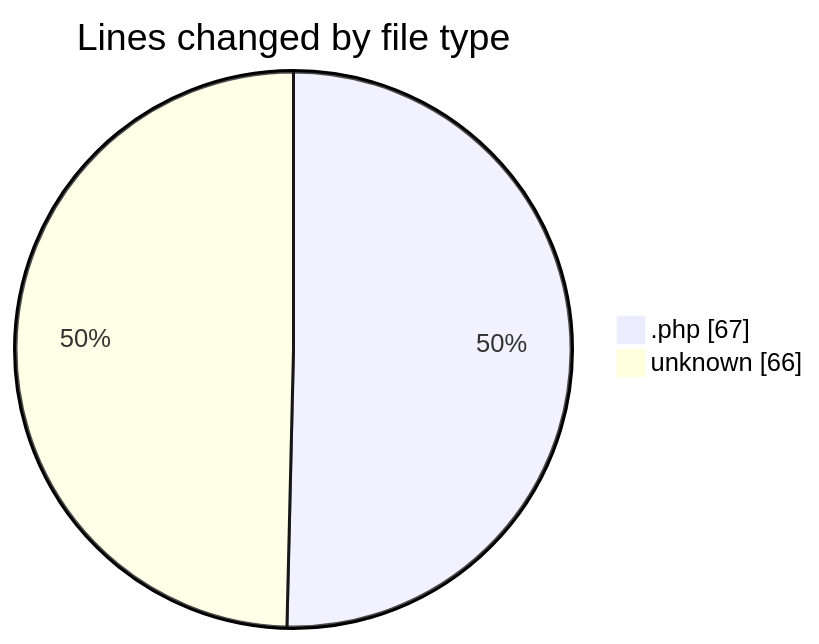
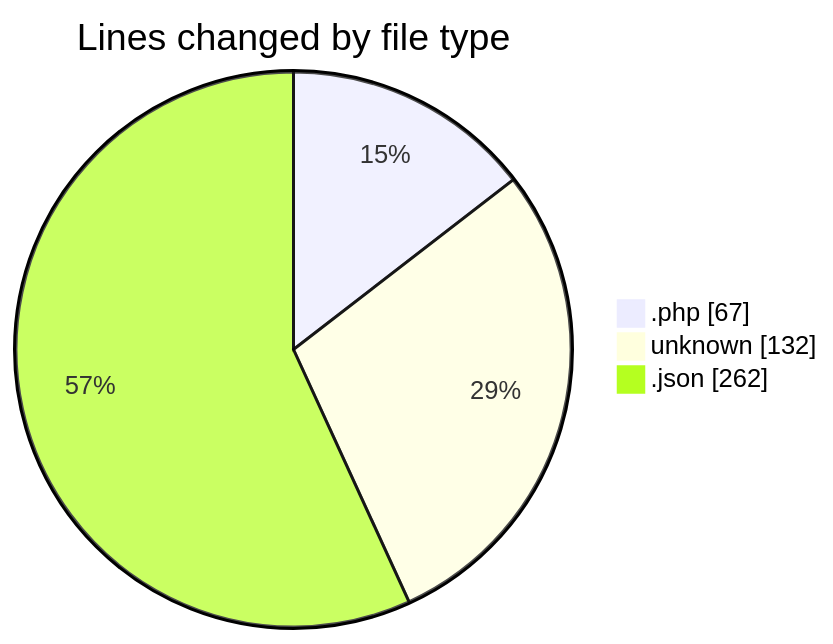
The first of 2 diagrams in 2025-11-11/futsal-recommender/README.md (idhammustaqopulfikri/code-tracking), drawn with Mermaid before and after one commit. The commit also changed other lines of this file and 1 other file, not shown here.

````diff
--- a/2025-11-11/futsal-recommender/README.md
+++ b/2025-11-11/futsal-recommender/README.md
@@ -22,6 +23,7 @@
 ```mermaid
 pie showData
 title Lines changed by file type
 ".php" : 67
-"unknown" : 66
+"unknown" : 132
+".json" : 262
 ```
````
